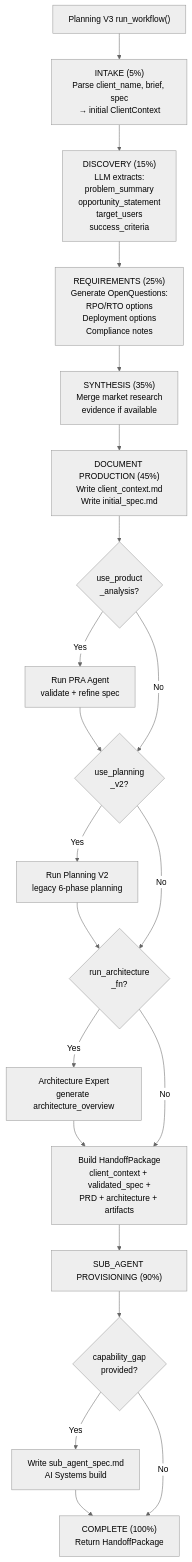
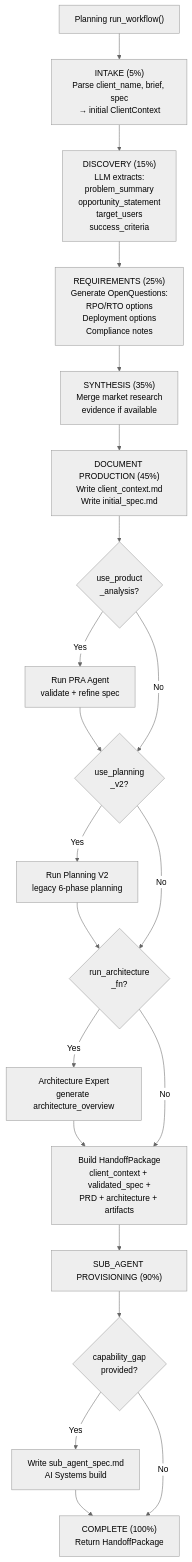
Before and after one commit to brandonkindred/Khala-Agentic-AI-Teams: the eighth of 11 diagrams in backend/agents/software_engineering_team/system_design/SE_Flow_Charts.md, drawn with Mermaid (neutral theme). The commit also changed other lines of this file and 210 other files, not shown here.

````diff
--- a/backend/agents/software_engineering_team/system_design/SE_Flow_Charts.md
+++ b/backend/agents/software_engineering_team/system_design/SE_Flow_Charts.md
@@ -331,47 +331,47 @@
 ```mermaid
 flowchart TD
-    START["Planning V3 run_workflow()"]
+    START["Planning run_workflow()"]
 
     INTAKE["INTAKE (5%)\nParse client_name, brief, spec\n→ initial ClientContext"]
 
     DISC["DISCOVERY (15%)\nLLM extracts:\nproblem_summary\nopportunity_statement\ntarget_users\nsuccess_criteria"]
 
     REQ["REQUIREMENTS (25%)\nGenerate OpenQuestions:\nRPO/RTO options\nDeployment options\nCompliance notes"]
 
     SYN["SYNTHESIS (35%)\nMerge market research\nevidence if available"]
 
     DOCPROD["DOCUMENT PRODUCTION (45%)\nWrite client_context.md\nWrite initial_spec.md"]
 
     PRA_OPT{"use_product\n_analysis?"}
     PRA_RUN["Run PRA Agent\nvalidate + refine spec"]
 
     PV2_OPT{"use_planning\n_v2?"}
     PV2_RUN["Run Planning V2\nlegacy 6-phase planning"]
 
     ARCH_OPT{"run_architecture\n_fn?"}
     ARCH_RUN["Architecture Expert\ngenerate architecture_overview"]
 
     HANDOFF["Build HandoffPackage\nclient_context + validated_spec +\nPRD + architecture + artifacts"]
 
     SUB["SUB_AGENT PROVISIONING (90%)"]
     GAP{"capability_gap\nprovided?"}
     BUILD["Write sub_agent_spec.md\nAI Systems build"]
 
     DONE["COMPLETE (100%)\nReturn HandoffPackage"]
 
     START --> INTAKE --> DISC --> REQ --> SYN --> DOCPROD
 
     DOCPROD --> PRA_OPT
     PRA_OPT -->|Yes| PRA_RUN --> PV2_OPT
     PRA_OPT -->|No| PV2_OPT
 
     PV2_OPT -->|Yes| PV2_RUN --> ARCH_OPT
     PV2_OPT -->|No| ARCH_OPT
 
     ARCH_OPT -->|Yes| ARCH_RUN --> HANDOFF
     ARCH_OPT -->|No| HANDOFF
 
     HANDOFF --> SUB --> GAP
     GAP -->|Yes| BUILD --> DONE
     GAP -->|No| DONE
 ```
````
